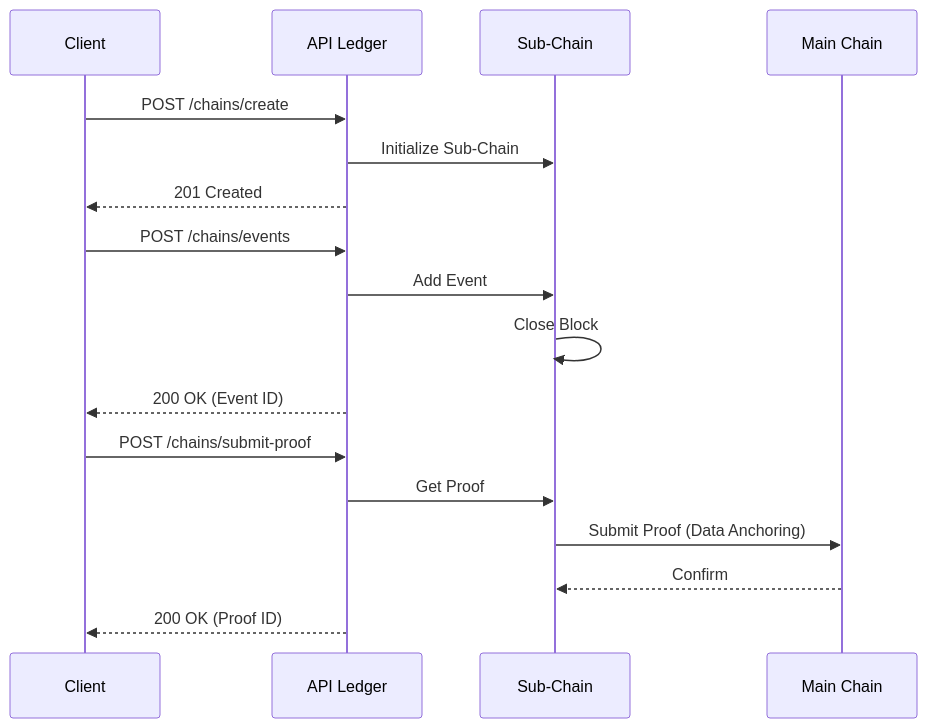
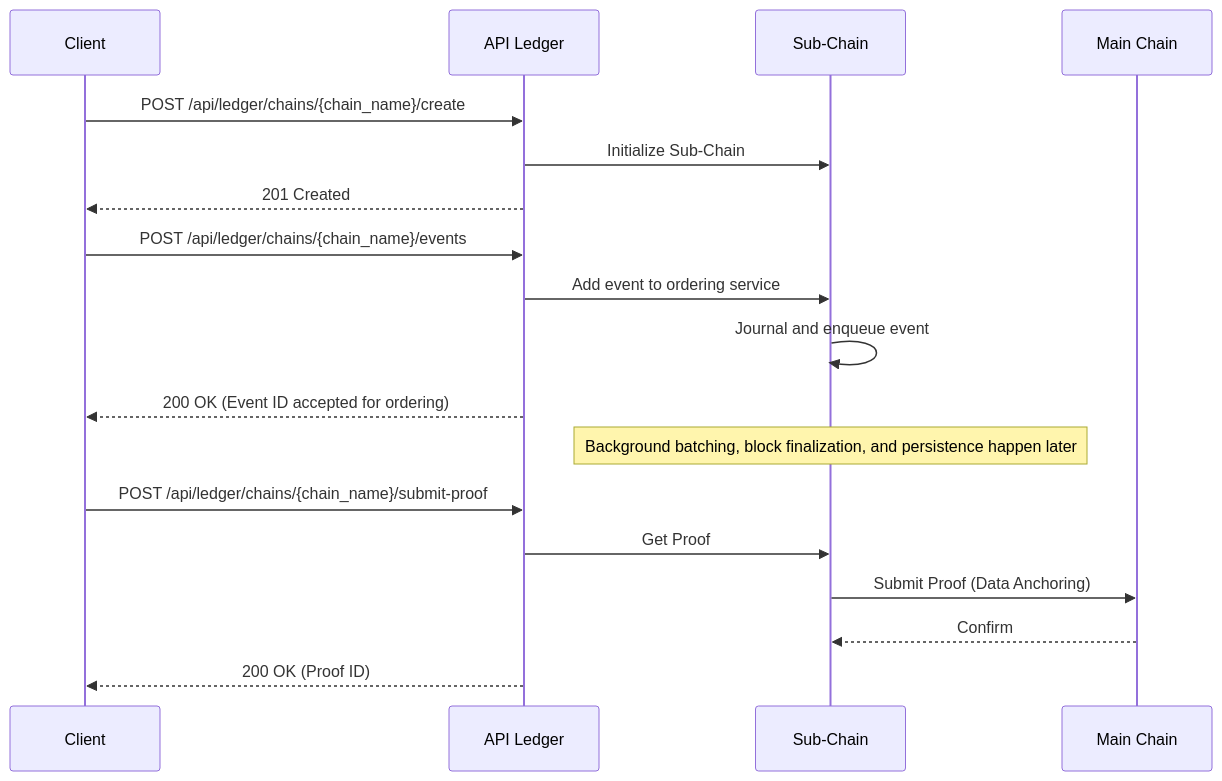
Before and after one commit to VanDung-dev/HieraChain: the diagram in docs/en/reference/api-ledger.md, drawn with Mermaid. The commit also changed other lines of this file and 53 other files, not shown here.

````diff
--- a/docs/en/reference/api-ledger.md
+++ b/docs/en/reference/api-ledger.md
@@ -36,22 +36,23 @@
 ```mermaid
 sequenceDiagram
     participant Client
     participant API as API Ledger
     participant Sub as Sub-Chain
     participant Main as Main Chain
 
-    Client->>API: POST /chains/create
+    Client->>API: POST /api/ledger/chains/{chain_name}/create
     API->>Sub: Initialize Sub-Chain
     API-->>Client: 201 Created
 
-    Client->>API: POST /chains/events
-    API->>Sub: Add Event
-    Sub->>Sub: Close Block
-    API-->>Client: 200 OK (Event ID)
+    Client->>API: POST /api/ledger/chains/{chain_name}/events
+    API->>Sub: Add event to ordering service
+    Sub->>Sub: Journal and enqueue event
+    API-->>Client: 200 OK (Event ID accepted for ordering)
+    Note over Sub: Background batching, block finalization, and persistence happen later
 
-    Client->>API: POST /chains/submit-proof
+    Client->>API: POST /api/ledger/chains/{chain_name}/submit-proof
     API->>Sub: Get Proof
     Sub->>Main: Submit Proof (Data Anchoring)
     Main-->>Sub: Confirm
     API-->>Client: 200 OK (Proof ID)
 ```
````
